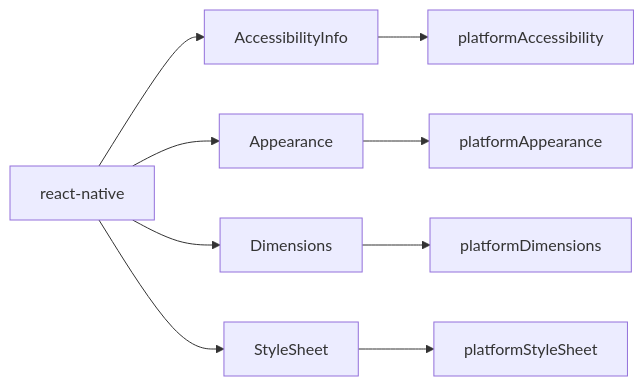
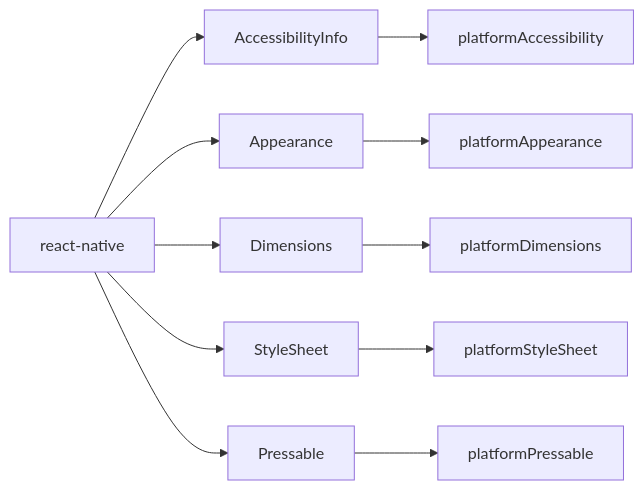
The diagram in packages/react-native/src/platform.md (soroush-tech/umber-style), drawn with Mermaid before and after one commit. The commit also changed other lines of this file and 80 other files, not shown here.

````diff
--- a/packages/react-native/src/platform.md
+++ b/packages/react-native/src/platform.md
@@ -18,11 +18,13 @@
 ```mermaid
 flowchart LR
   rn["react-native"] --> a["AccessibilityInfo"]
   rn --> b["Appearance"]
   rn --> c["Dimensions"]
   rn --> d["StyleSheet"]
+  rn --> e["Pressable"]
+  e --> pe["platformPressable"]
   a --> pa["platformAccessibility"]
   b --> pb["platformAppearance"]
   c --> pc["platformDimensions"]
   d --> pd["platformStyleSheet"]
 ```
````
